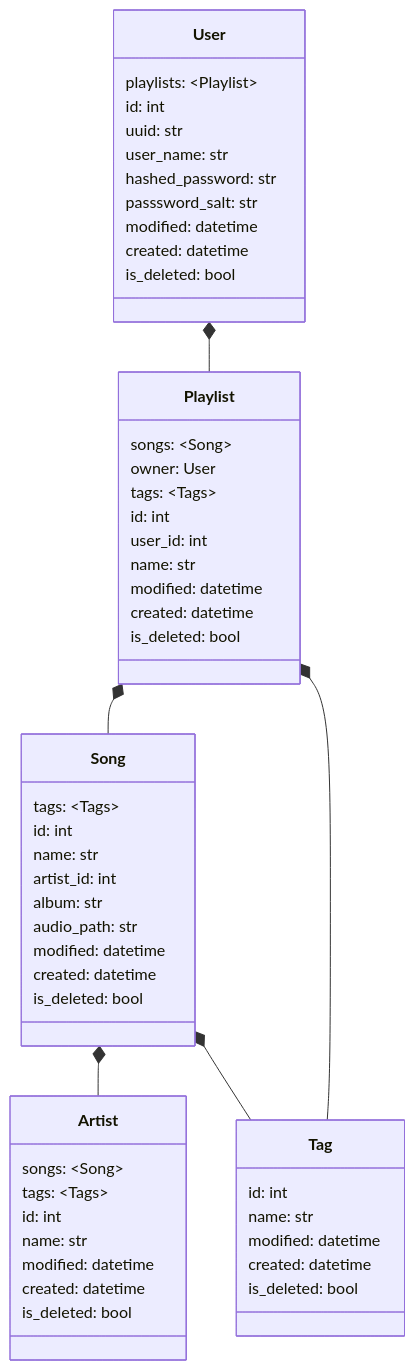
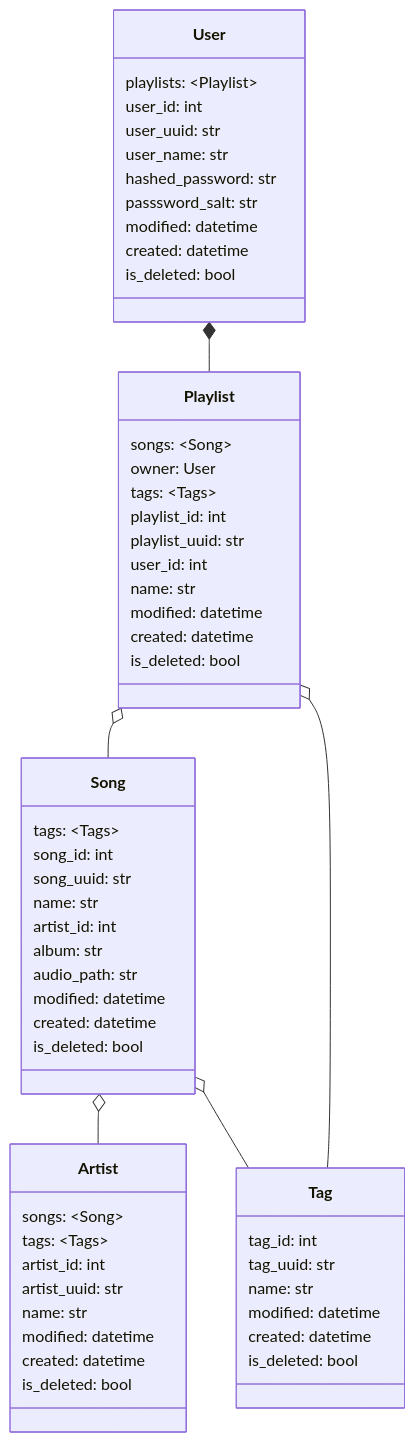
One commit to theglobehead/playlist-app-with-fastapi-react changed the second of 2 diagrams in README.md. Above: the diagram before and after it, drawn with Mermaid. The commit also changed other lines of this file and 13 other files, not shown here.

````diff
--- a/README.md
+++ b/README.md
@@ -104,66 +108,70 @@
 ```mermaid
 classDiagram
     class User{
         playlists: ~Playlist~
 
-        id: int
-        uuid: str
+        user_id: int
+        user_uuid: str
         user_name: str
         hashed_password: str
         passsword_salt: str
         modified: datetime
         created: datetime
         is_deleted: bool
     }
 
     class Playlist{
         songs: ~Song~
         owner: User
         tags: ~Tags~
 
-        id: int
+        playlist_id: int
+        playlist_uuid: str
         user_id: int
         name: str
         modified: datetime
         created: datetime
         is_deleted: bool
     }
 
     class Song{
         tags: ~Tags~
 
-        id: int
+        song_id: int
+        song_uuid: str
         name: str
         artist_id: int
         album: str
         audio_path: str
         modified: datetime
         created: datetime
         is_deleted: bool
     }
 
     class Artist{
         songs: ~Song~
         tags: ~Tags~
 
-        id: int
+        artist_id: int
+        artist_uuid: str
         name: str
         modified: datetime
         created: datetime
         is_deleted: bool
     }
 
     class Tag{
-        id: int
+        tag_id: int
+        tag_uuid: str
         name: str
         modified: datetime
         created: datetime
         is_deleted: bool
     }
 
     User *-- Playlist
-    Playlist *-- Song
-    Song *-- Artist
-    Song *-- Tag
-    Playlist *-- Tag
+    Playlist o-- Song
+    Song o-- Artist
+    Song o-- Tag
+    Playlist o-- Tag
 ```
````
